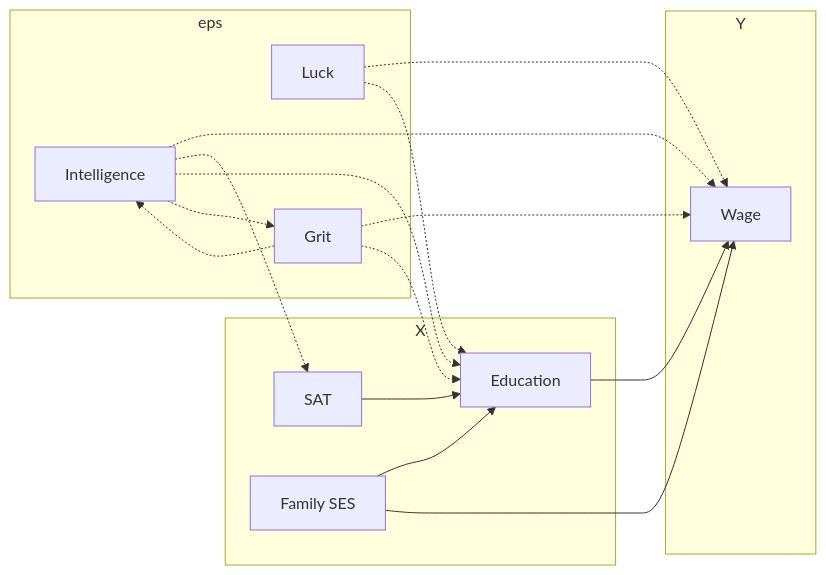
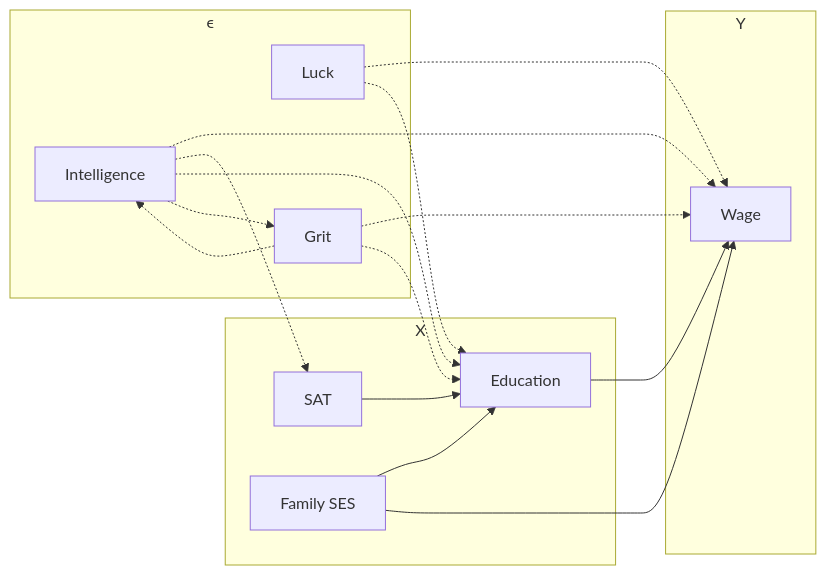
One commit to ubcecon/626 changed the third of 5 diagrams in site/identification/identification.qmd. Above: the diagram before and after it, drawn with Mermaid. The commit also changed other lines of this file and 2 other files, not shown here.

````diff
--- a/site/identification/identification.qmd
+++ b/site/identification/identification.qmd
@@ -218,24 +218,24 @@
 ```{mermaid}
 %%| fig-width: 6.5
 flowchart LR
    subgraph " Y"
         Y[Wage]
    end
    subgraph X
        E[Education] --> Y
        T[SAT] --> E
        F[Family SES] --> E
        F --> Y
    end
-   subgraph eps
+   subgraph ϵ
         I[Intelligence] -.-> Y
         L[Luck] -.-> Y
         G[Grit] -.-> Y
         G -.-> E
         L -.-> E
         I -.-> T
         I -.-> E
         I -.-> G
         G -.-> I
    end
 ```
````
